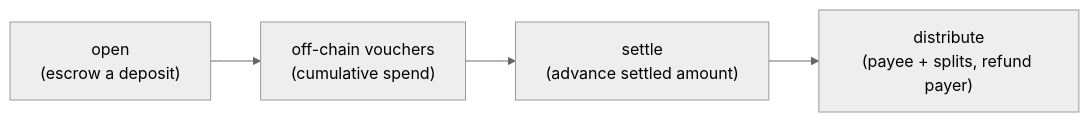
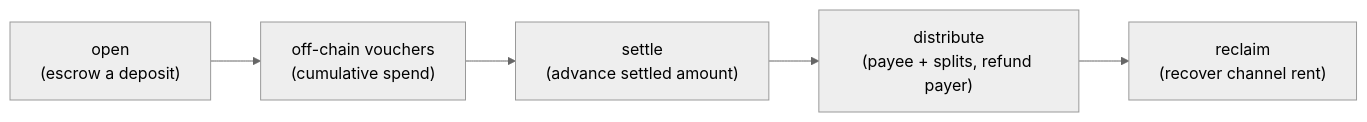
Before and after one commit to solana-foundation/payment-channels: the first of 2 diagrams in README.md, drawn with Mermaid (neutral theme). The commit also changed other lines of this file and 84 other files, not shown here.

````diff
--- a/README.md
+++ b/README.md
@@ -13,6 +13,7 @@
 ```mermaid
 flowchart LR
   A["open<br/>(escrow a deposit)"] --> B["off-chain vouchers<br/>(cumulative spend)"]
   B --> C["settle<br/>(advance settled amount)"]
   C --> D["distribute<br/>(payee + splits, refund payer)"]
+  D --> E["reclaim<br/>(recover channel rent)"]
 ```
````
